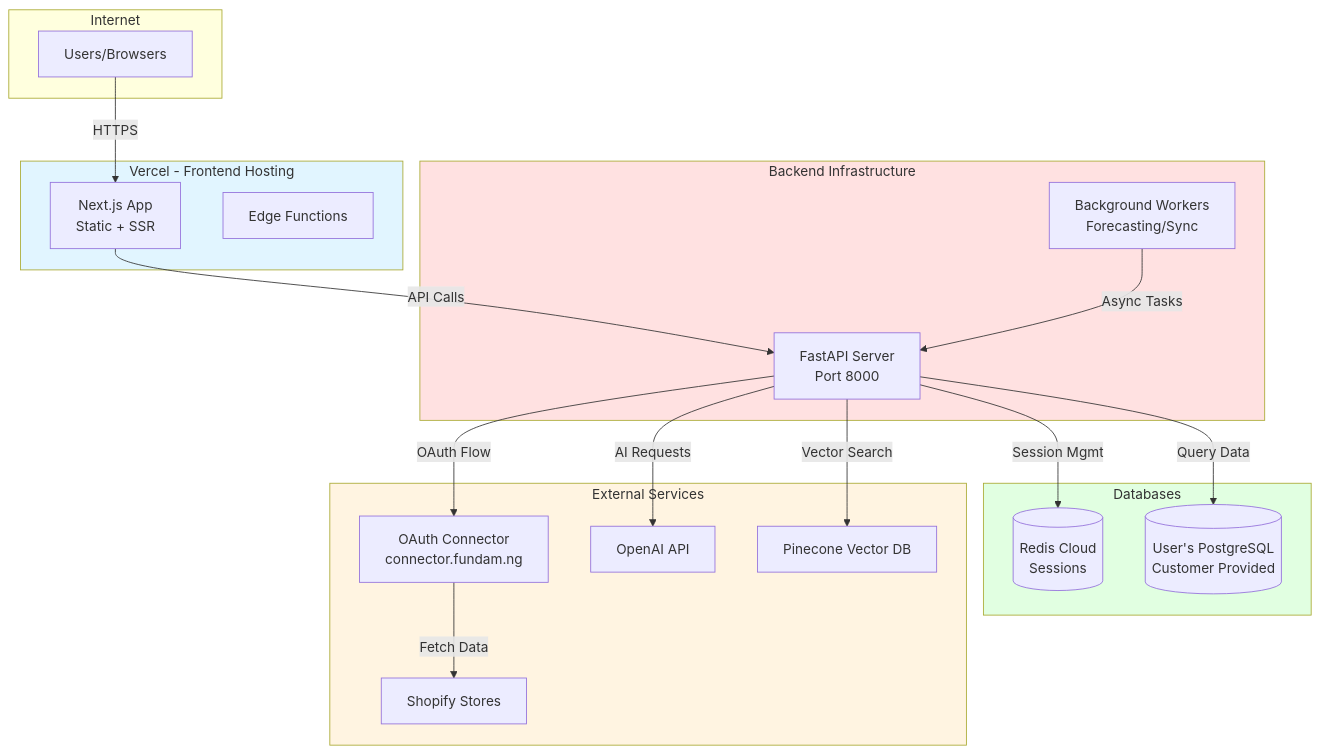
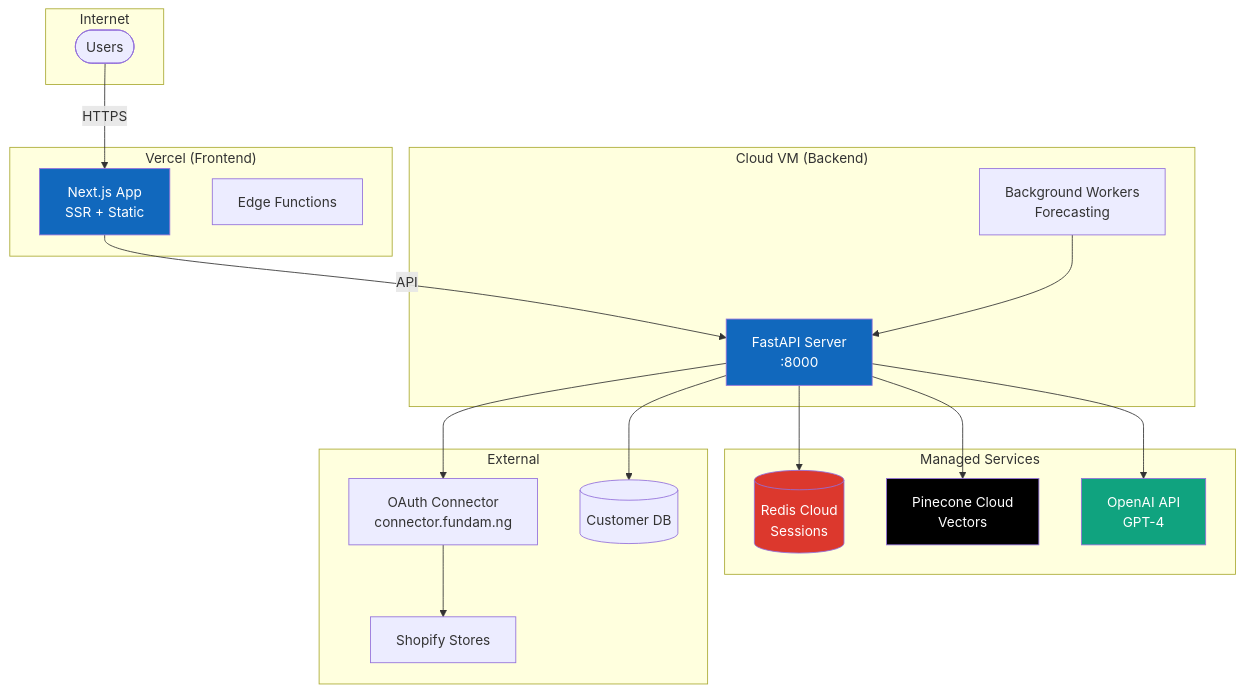
The eighth of 11 diagrams in C4-ARCHITECTURE.md (Dprof-in-tech/peppasync-langchain), drawn with Mermaid before and after one commit. The commit also changed other lines of this file, not shown here.

Commit message:
feat: Revise C4 architecture documentation for PeppaSync platform with updated diagrams and detailed overviews

````diff
--- a/C4-ARCHITECTURE.md
+++ b/C4-ARCHITECTURE.md
@@ -298,43 +341,44 @@
 ```mermaid
 graph TB
     subgraph Internet
-        User[Users/Browsers]
+        Users([Users])
     end
 
-    subgraph Vercel[Vercel - Frontend Hosting]
-        NextJS[Next.js App<br/>Static + SSR]
-        EdgeFunc[Edge Functions]
+    subgraph "Vercel (Frontend)"
+        NextJS[Next.js App<br/>SSR + Static]
+        Edge[Edge Functions]
     end
 
-    subgraph Backend[Backend Infrastructure]
-        API[FastAPI Server<br/>Port 8000]
-        Worker[Background Workers<br/>Forecasting/Sync]
+    subgraph "Cloud VM (Backend)"
+        FastAPI[FastAPI Server<br/>:8000]
+        Workers[Background Workers<br/>Forecasting]
     end
 
-    subgraph Databases
-        Redis[(Redis Cloud<br/>Sessions)]
-        UserDB[(User's PostgreSQL<br/>Customer Provided)]
+    subgraph "Managed Services"
+        RedisCloud[(Redis Cloud<br/>Sessions)]
+        PineconeCloud[Pinecone Cloud<br/>Vectors]
+        OpenAIAPI[OpenAI API<br/>GPT-4]
     end
 
-    subgraph External[External Services]
-        Shopify[Shopify Stores]
+    subgraph "External"
+        ShopifyStores[Shopify Stores]
         Connector[OAuth Connector<br/>connector.fundam.ng]
-        OpenAI[OpenAI API]
-        Pinecone[Pinecone Vector DB]
+        UserDB[(Customer DB)]
     end
 
-    User -->|HTTPS| NextJS
-    NextJS -->|API Calls| API
-    API -->|Session Mgmt| Redis
-    API -->|Query Data| UserDB
-    API -->|OAuth Flow| Connector
-    Connector -->|Fetch Data| Shopify
-    API -->|AI Requests| OpenAI
-    API -->|Vector Search| Pinecone
-    Worker -->|Async Tasks| API
+    Users -->|HTTPS| NextJS
+    NextJS -->|API| FastAPI
+    FastAPI --> RedisCloud
+    FastAPI --> PineconeCloud
+    FastAPI --> OpenAIAPI
+    FastAPI --> Connector
+    Connector --> ShopifyStores
+    FastAPI --> UserDB
+    Workers --> FastAPI
 
-    style Vercel fill:#e1f5ff
-    style Backend fill:#ffe1e1
-    style Databases fill:#e1ffe1
-    style External fill:#fff4e1
+    style NextJS fill:#1168bd,color:#fff
+    style FastAPI fill:#1168bd,color:#fff
+    style RedisCloud fill:#dc382d,color:#fff
+    style PineconeCloud fill:#000,color:#fff
+    style OpenAIAPI fill:#10a37f,color:#fff
 ```
````
